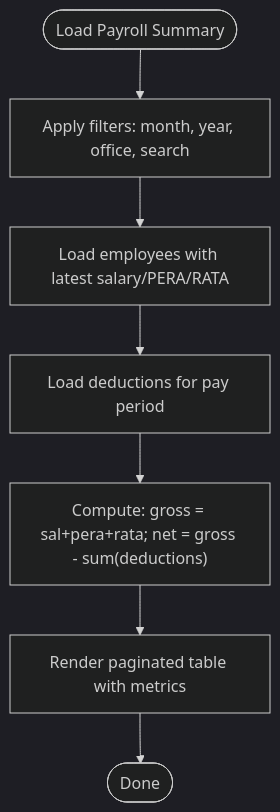
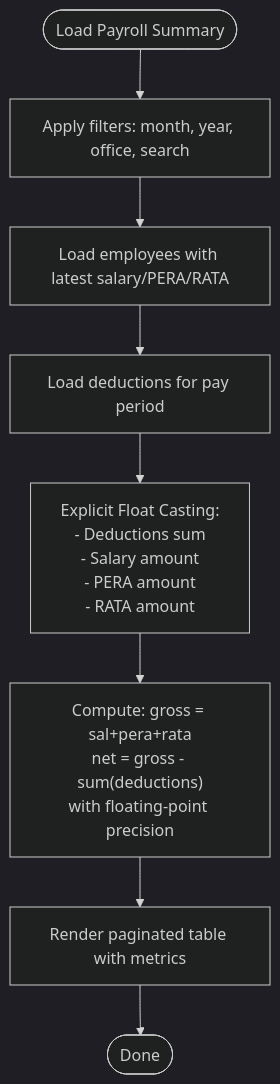
Before and after one commit to vincet0t15/template: the third of 10 diagrams in .qoder/repowiki/en/content/Payroll System/Payroll System.md, drawn with Mermaid (dark theme). The commit also changed other lines of this file and 13 other files, not shown here.

````diff
--- a/.qoder/repowiki/en/content/Payroll System/Payroll System.md
+++ b/.qoder/repowiki/en/content/Payroll System/Payroll System.md
@@ -159,9 +173,10 @@
 ```mermaid
 flowchart TD
 Start(["Load Payroll Summary"]) --> Filt["Apply filters: month, year, office, search"]
 Filt --> LoadEmp["Load employees with latest salary/PERA/RATA"]
 LoadEmp --> LoadDed["Load deductions for pay period"]
-LoadDed --> Compute["Compute: gross = sal+pera+rata; net = gross - sum(deductions)"]
+LoadDed --> CastFloat["Explicit Float Casting:<br/>- Deductions sum<br/>- Salary amount<br/>- PERA amount<br/>- RATA amount"]
+CastFloat --> Compute["Compute: gross = sal+pera+rata<br/>net = gross - sum(deductions)<br/>with floating-point precision"]
 Compute --> Render["Render paginated table with metrics"]
 Render --> End(["Done"])
 ```
````
